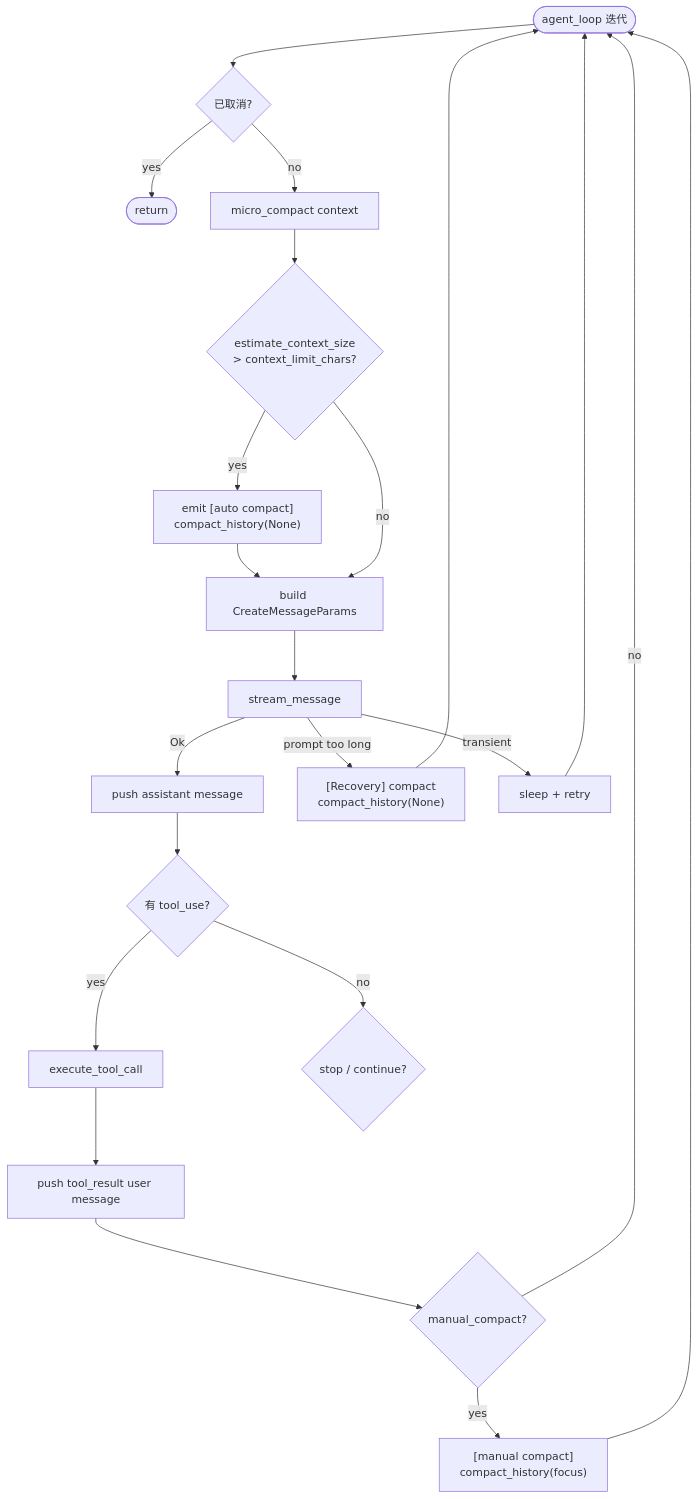
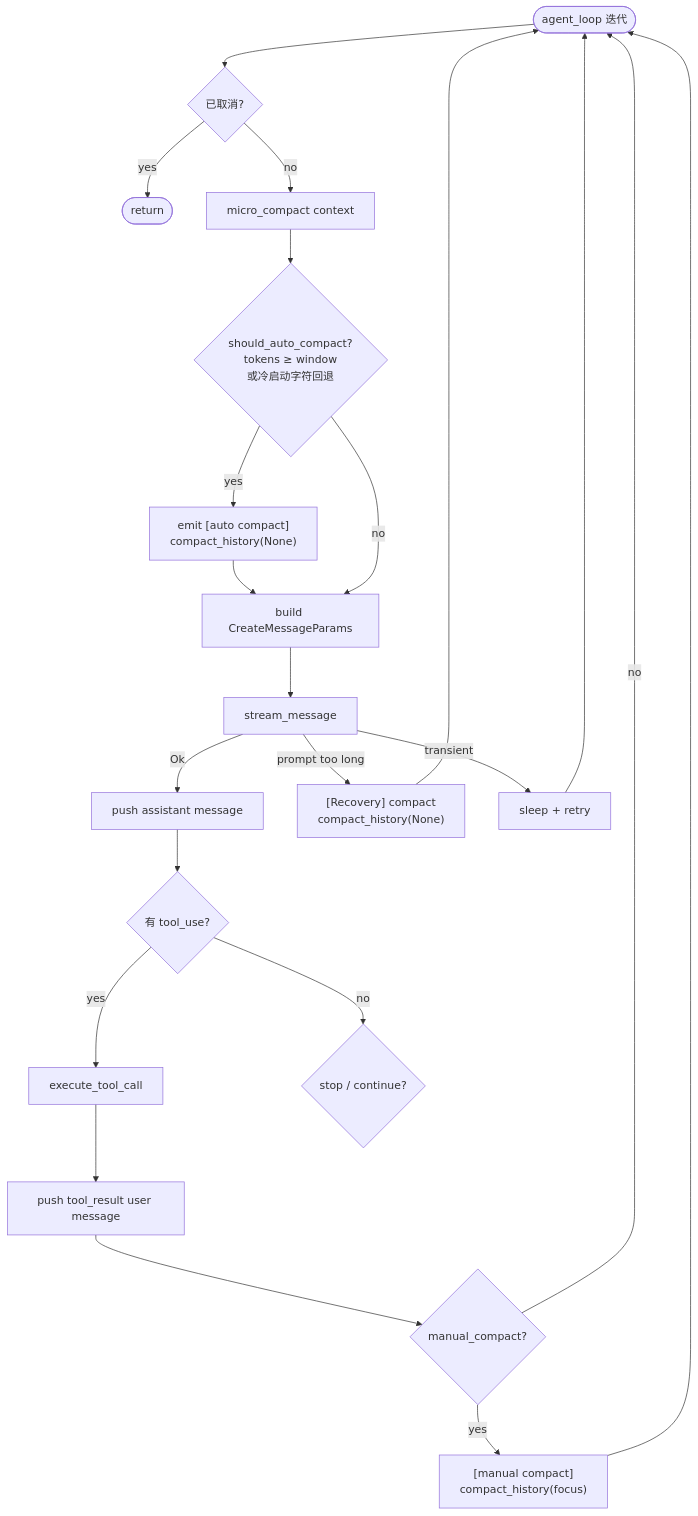
One commit to rust-infra/tact changed the third of 14 diagrams in book/05_chapter_compact_zh.md. Above: the diagram before and after it, drawn with Mermaid. The commit also changed other lines of this file and 9 other files, not shown here.

First line of the commit message:
docs: document model_context_window and context usage meter

````diff
--- a/book/05_chapter_compact_zh.md
+++ b/book/05_chapter_compact_zh.md
@@ -84,24 +84,24 @@
 ```mermaid
 flowchart TD
     Start([agent_loop 迭代]) --> Cancel{已取消?}
     Cancel -->|yes| Exit([return])
     Cancel -->|no| MC[micro_compact context]
-    MC --> Size{estimate_context_size<br/>> context_limit_chars?}
+    MC --> Size{should_auto_compact?<br/>tokens ≥ window<br/>或冷启动字符回退}
     Size -->|yes| Auto["emit [auto compact]<br/>compact_history(None)"]
     Auto --> Build
     Size -->|no| Build[build CreateMessageParams]
     Build --> Stream[stream_message]
     Stream -->|Ok| Assist[push assistant message]
     Stream -->|prompt too long| Rec["[Recovery] compact<br/>compact_history(None)"]
     Rec --> Start
     Stream -->|transient| Backoff[sleep + retry]
     Backoff --> Start
     Assist --> Tools{有 tool_use?}
     Tools -->|yes| Exec[execute_tool_call]
     Exec --> Persist[push tool_result user message]
     Persist --> Man{manual_compact?}
     Man -->|yes| MC2["[manual compact]<br/>compact_history(focus)"]
     MC2 --> Start
     Man -->|no| Start
     Tools -->|no| Done{stop / continue?}
 ```
````
